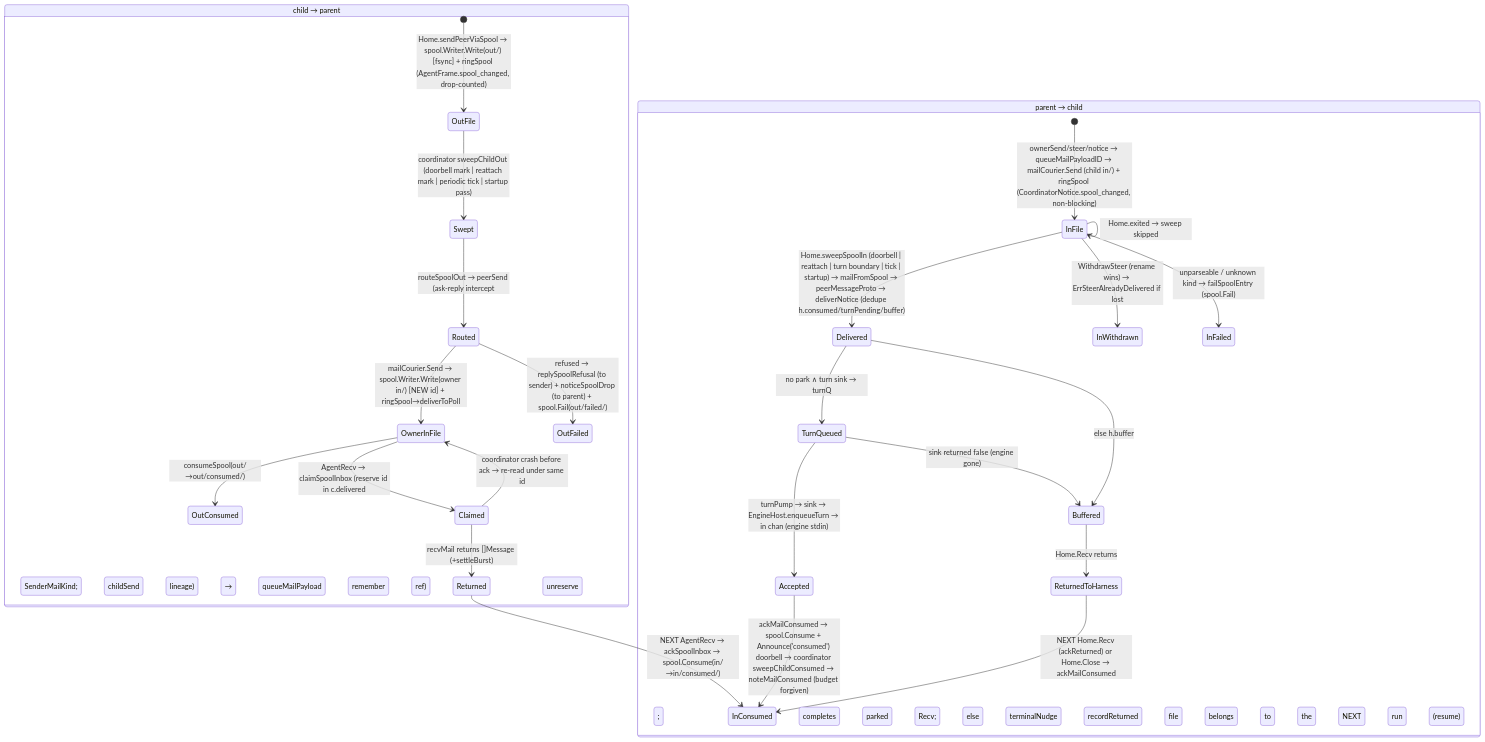
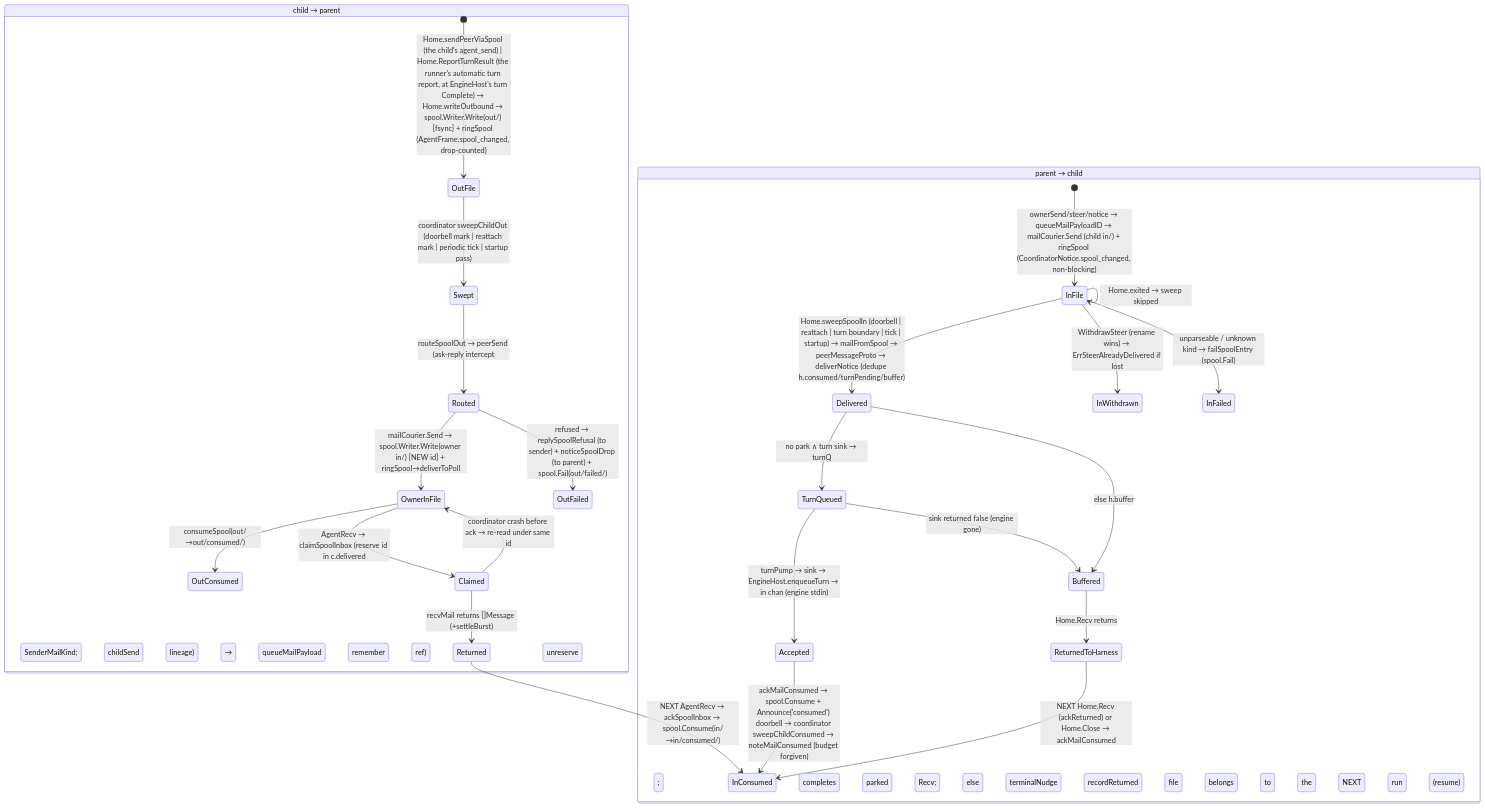
The second of 2 diagrams in docs/architecture/agentcoord/overview.md (ctxloom/ctxloom), drawn with Mermaid before and after one commit. The commit also changed other lines of this file and 9 other files, not shown here.

First line of the commit message:
docs(agentcoord): cite by symbol, not file:line; bus graph names the runner's turn report

````diff
--- a/docs/architecture/agentcoord/overview.md
+++ b/docs/architecture/agentcoord/overview.md
@@ -163,29 +163,29 @@
 ```mermaid
 stateDiagram-v2
   state "child → parent" as up {
-    [*] --> OutFile: Home.sendPeerViaSpool → spool.Writer.Write(out/) [fsync] + ringSpool (AgentFrame.spool_changed, drop-counted)
+    [*] --> OutFile: Home.sendPeerViaSpool (the child's agent_send) | Home.ReportTurnResult (the runner's automatic turn report, at EngineHost's turn Complete) → Home.writeOutbound → spool.Writer.Write(out/) [fsync] + ringSpool (AgentFrame.spool_changed, drop-counted)
     OutFile --> Swept: coordinator sweepChildOut (doorbell mark | reattach mark | periodic tick | startup pass)
     Swept --> Routed: routeSpoolOut → peerSend (ask-reply intercept; SenderMailKind; childSend lineage) → queueMailPayload
     Routed --> OwnerInFile: mailCourier.Send → spool.Writer.Write(owner in/) [NEW id] + ringSpool→deliverToPoll
     Routed --> OutFailed: refused → replySpoolRefusal (to sender) + noticeSpoolDrop (to parent) + spool.Fail(out/failed/)
     OwnerInFile --> OutConsumed: consumeSpool(out/→out/consumed/)
     OwnerInFile --> Claimed: AgentRecv → claimSpoolInbox (reserve id in c.delivered; remember ref)
     Claimed --> Returned: recvMail returns []Message (+settleBurst)
     Returned --> InConsumed: NEXT AgentRecv → ackSpoolInbox → spool.Consume(in/→in/consumed/); unreserve
     Claimed --> OwnerInFile: coordinator crash before ack → re-read under same id
   }
   state "parent → child" as down {
     [*] --> InFile: ownerSend/steer/notice → queueMailPayloadID → mailCourier.Send (child in/) + ringSpool (CoordinatorNotice.spool_changed, non-blocking)
     InFile --> Delivered: Home.sweepSpoolIn (doorbell | reattach | turn boundary | tick | startup) → mailFromSpool → peerMessageProto → deliverNotice (dedupe h.consumed/turnPending/buffer)
     Delivered --> TurnQueued: no park ∧ turn sink → turnQ
     Delivered --> Buffered: else h.buffer; completes parked Recv; else terminalNudge
     TurnQueued --> Accepted: turnPump → sink → EngineHost.enqueueTurn → in chan (engine stdin)
     Accepted --> InConsumed: ackMailConsumed → spool.Consume + Announce('consumed') doorbell → coordinator sweepChildConsumed → noteMailConsumed (budget forgiven)
     Buffered --> ReturnedToHarness: Home.Recv returns; recordReturned
     ReturnedToHarness --> InConsumed: NEXT Home.Recv (ackReturned) or Home.Close → ackMailConsumed
     TurnQueued --> Buffered: sink returned false (engine gone)
     InFile --> InWithdrawn: WithdrawSteer (rename wins) → ErrSteerAlreadyDelivered if lost
     InFile --> InFailed: unparseable / unknown kind → failSpoolEntry (spool.Fail)
     InFile --> InFile: Home.exited → sweep skipped; file belongs to the NEXT run (resume)
   }
 ```
````
